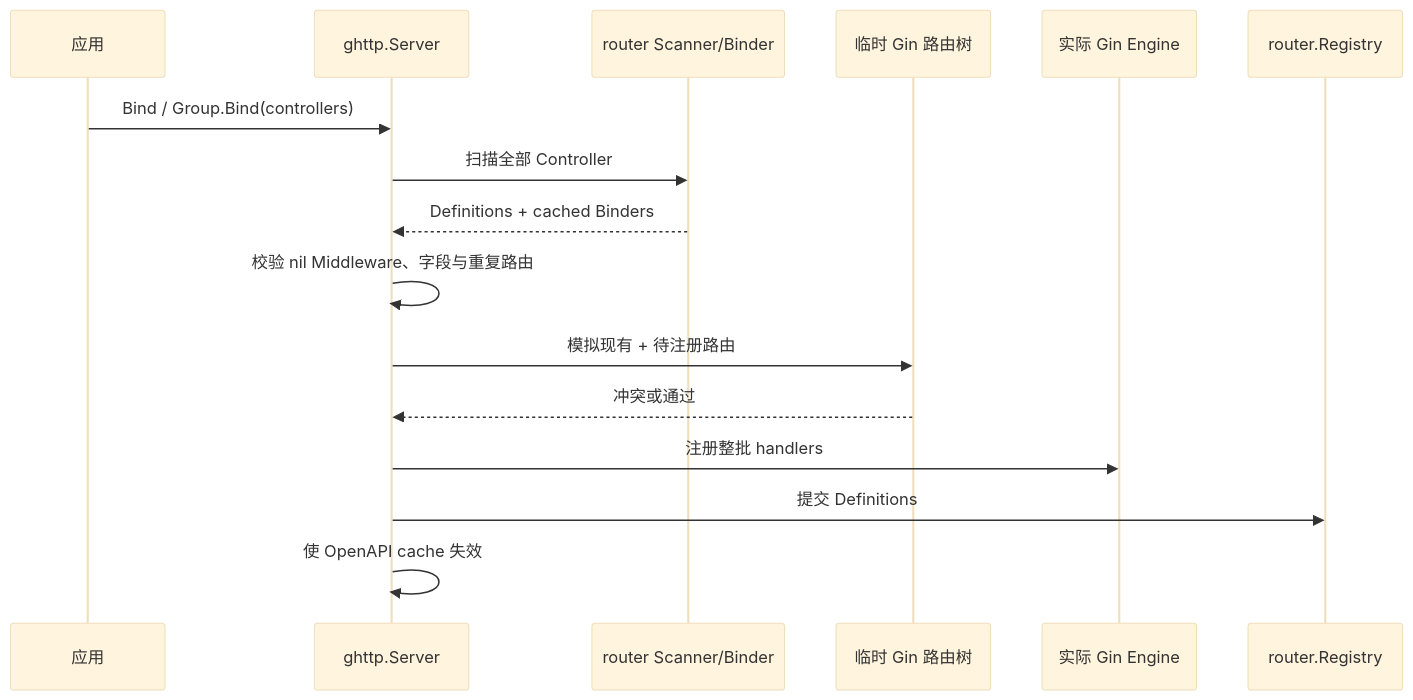
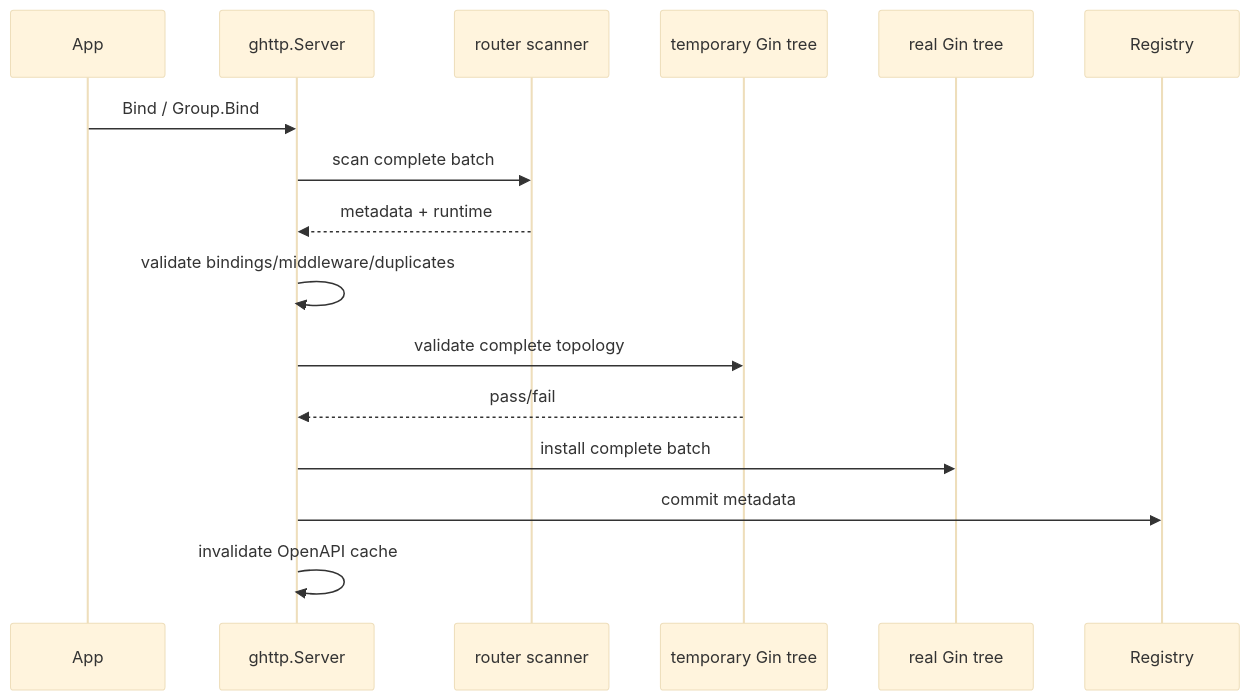
The second of 3 diagrams in docs/architecture.md (lanechi/gonex), drawn with Mermaid (base theme) before and after one commit. The commit also changed other lines of this file, not shown here.

Commit message:
docs: synchronize architecture with hardened contracts

````diff
--- a/docs/architecture.md
+++ b/docs/architecture.md
@@ -142,19 +105,19 @@
 ```mermaid
 sequenceDiagram
-    participant App as 应用
+    participant App
     participant Server as ghttp.Server
-    participant Scanner as router Scanner/Binder
-    participant Validator as 临时 Gin 路由树
-    participant Gin as 实际 Gin Engine
-    participant Registry as router.Registry
+    participant Scanner as router scanner
+    participant Validator as temporary Gin tree
+    participant Gin as real Gin tree
+    participant Registry
 
-    App->>Server: Bind / Group.Bind(controllers)
-    Server->>Scanner: 扫描全部 Controller
-    Scanner-->>Server: Definitions + cached Binders
-    Server->>Server: 校验 nil Middleware、字段与重复路由
-    Server->>Validator: 模拟现有 + 待注册路由
-    Validator-->>Server: 冲突或通过
-    Server->>Gin: 注册整批 handlers
-    Server->>Registry: 提交 Definitions
-    Server->>Server: 使 OpenAPI cache 失效
+    App->>Server: Bind / Group.Bind
+    Server->>Scanner: scan complete batch
+    Scanner-->>Server: metadata + runtime
+    Server->>Server: validate bindings/middleware/duplicates
+    Server->>Validator: validate complete topology
+    Validator-->>Server: pass/fail
+    Server->>Gin: install complete batch
+    Server->>Registry: commit metadata
+    Server->>Server: invalidate OpenAPI cache
 ```
````
